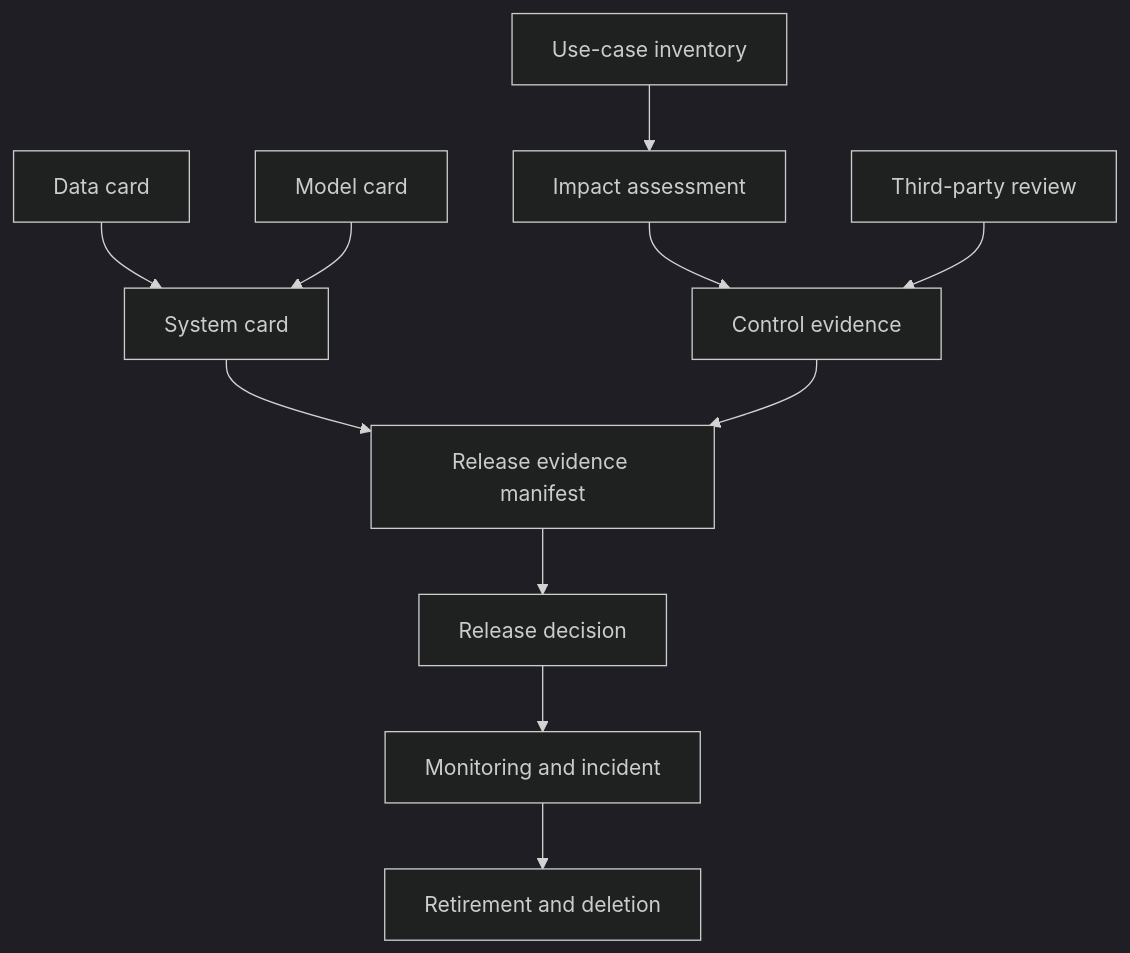
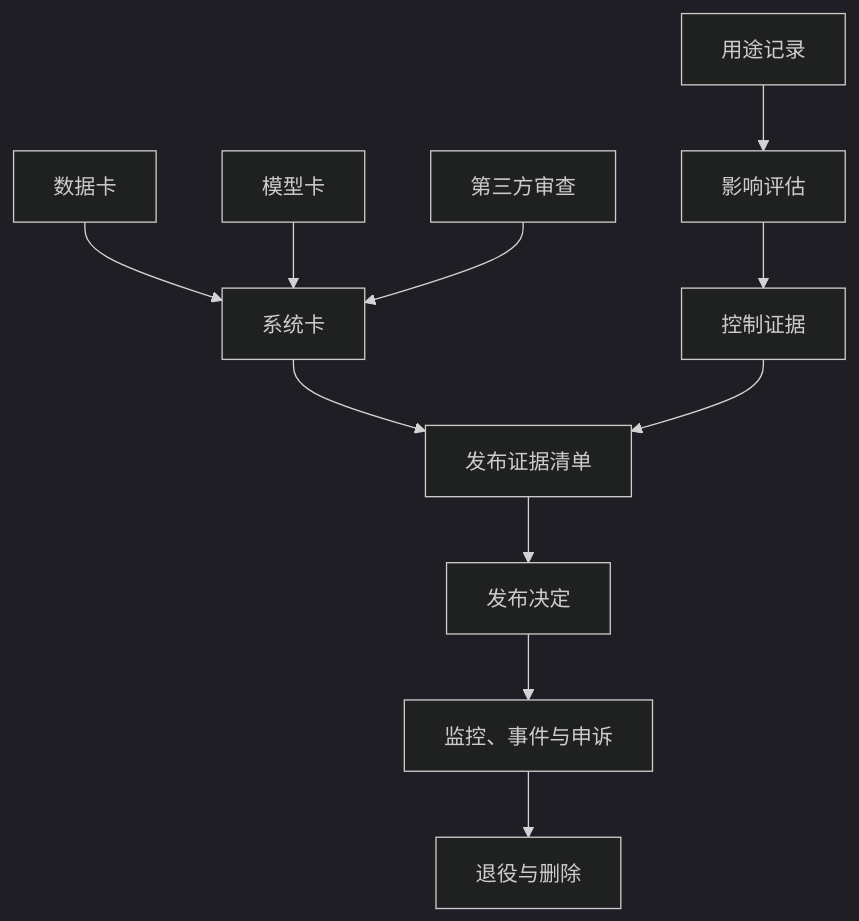
The diagram in docs/quality/governance-templates.md (NightLemon/about-llm), drawn with Mermaid (dark theme) before and after one commit. The commit also changed other lines of this file and 1 other file, not shown here.

````diff
--- a/docs/quality/governance-templates.md
+++ b/docs/quality/governance-templates.md
@@ -291,13 +361,13 @@
 ```mermaid
 flowchart TD
-  U["Use-case inventory"] --> A["Impact assessment"]
-  D["Data card"] --> S["System card"]
-  M["Model card"] --> S
-  A --> C["Control evidence"]
-  T["Third-party review"] --> C
-  S --> E["Release evidence manifest"]
+  U["用途记录"] --> A["影响评估"]
+  D["数据卡"] --> S["系统卡"]
+  M["模型卡"] --> S
+  T["第三方审查"] --> S
+  A --> C["控制证据"]
+  S --> E["发布证据清单"]
   C --> E
-  E --> R["Release decision"]
-  R --> O["Monitoring and incident"]
-  O --> X["Retirement and deletion"]
+  E --> R["发布决定"]
+  R --> O["监控、事件与申诉"]
+  O --> X["退役与删除"]
 ```
````
